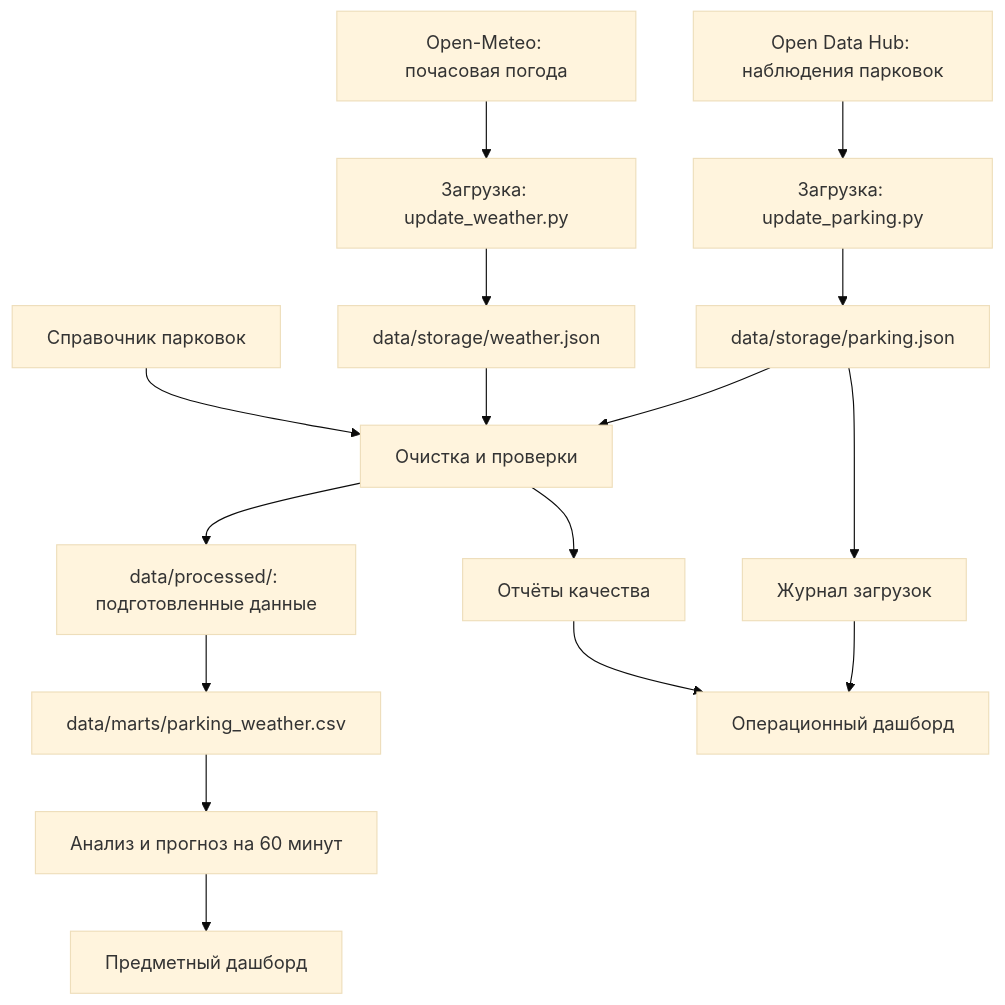
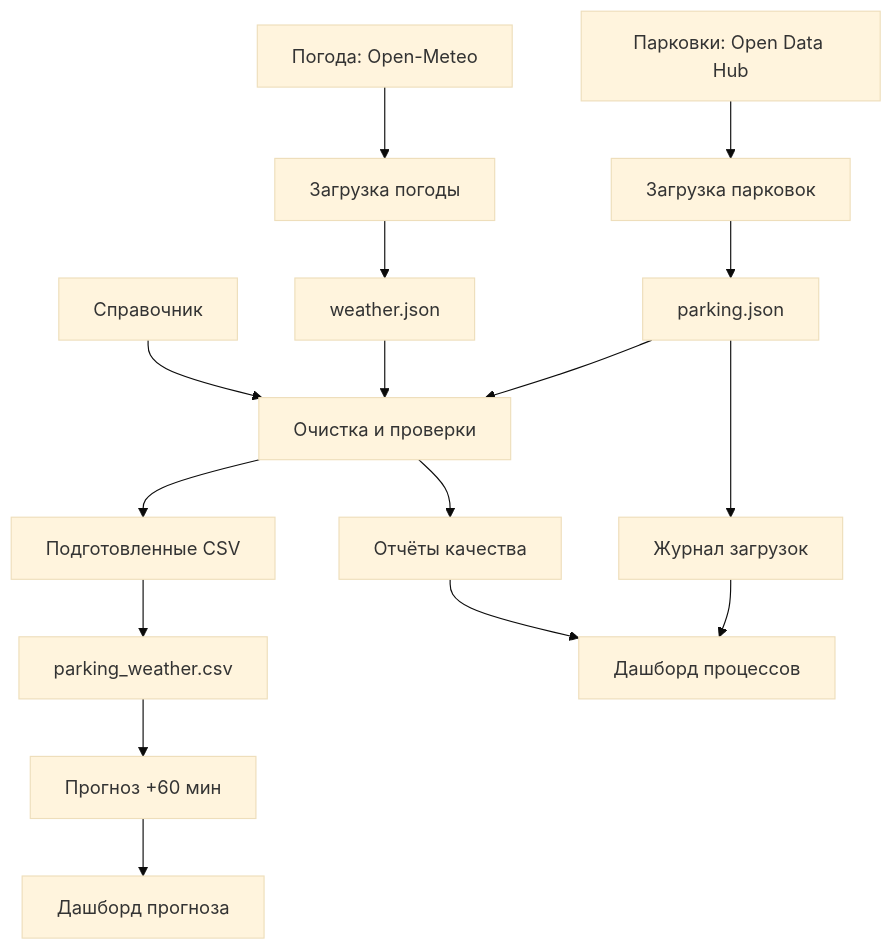
Before and after one commit to ldlddaa/parking-occupancy-forecast-system: the diagram in docs/data_architecture.md, drawn with Mermaid (base theme).

Commit message:
Improve architecture diagram labels

````diff
--- a/docs/data_architecture.md
+++ b/docs/data_architecture.md
@@ -5,18 +5,18 @@
 ```mermaid
 flowchart TD
-    A["Open&nbsp;Data&nbsp;Hub: наблюдения&nbsp;парковок"] --> C["Загрузка: update_parking.py"]
-    B["Open-Meteo: почасовая&nbsp;погода"] --> D["Загрузка: update_weather.py"]
-    C --> E["data/storage/parking.json"]
-    D --> F["data/storage/weather.json"]
-    E --> G["Очистка&nbsp;и&nbsp;проверки"]
+    A["Парковки: Open Data Hub"] --> C["Загрузка парковок"]
+    B["Погода: Open-Meteo"] --> D["Загрузка погоды"]
+    C --> E["parking.json"]
+    D --> F["weather.json"]
+    E --> G["Очистка и проверки"]
     F --> G
-    R["Справочник&nbsp;парковок"] --> G
-    G --> H["data/processed/: подготовленные&nbsp;данные"]
-    H --> I["data/marts/parking_weather.csv"]
-    I --> J["Анализ&nbsp;и&nbsp;прогноз&nbsp;на&nbsp;60&nbsp;минут"]
-    J --> K["Предметный&nbsp;дашборд"]
-    E --> L["Журнал&nbsp;загрузок"]
-    G --> M["Отчёты&nbsp;качества"]
-    L --> N["Операционный&nbsp;дашборд"]
+    R["Справочник"] --> G
+    G --> H["Подготовленные CSV"]
+    H --> I["parking_weather.csv"]
+    I --> J["Прогноз +60 мин"]
+    J --> K["Дашборд прогноза"]
+    E --> L["Журнал загрузок"]
+    G --> M["Отчёты качества"]
+    L --> N["Дашборд процессов"]
     M --> N
 ```
````
